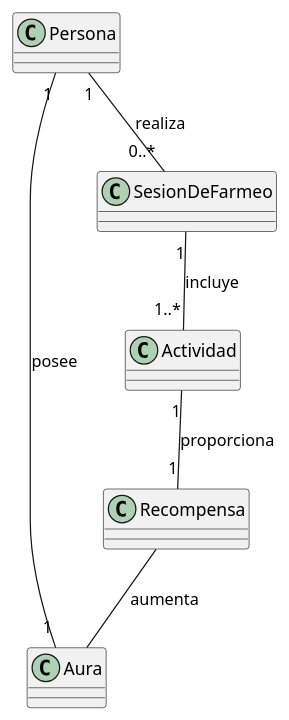
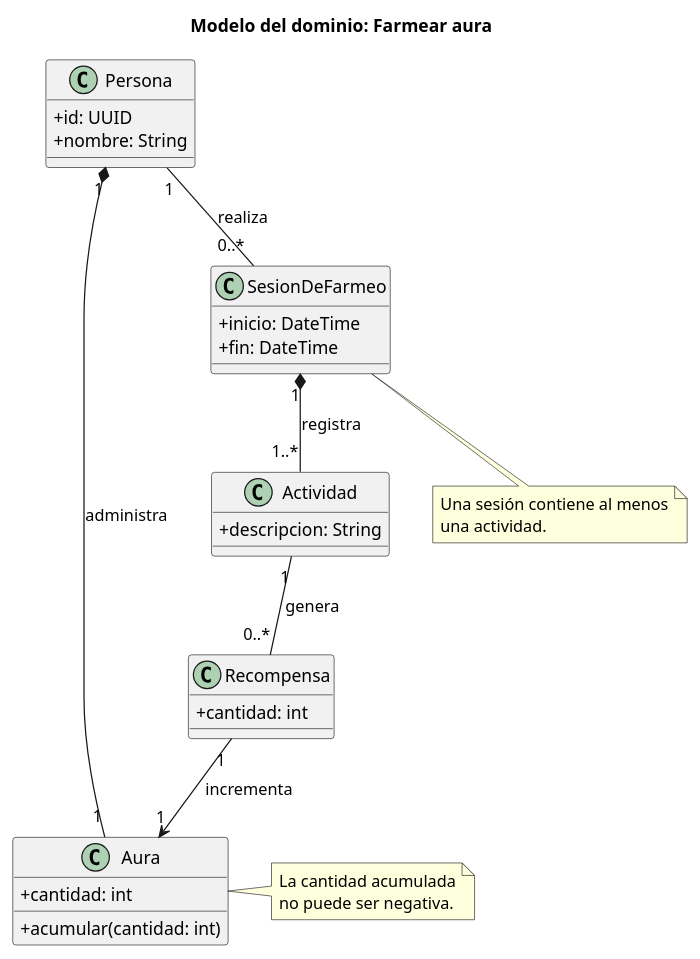
The diagram in entregas/calderonJimena/diagramas/aura.puml (Jime-Cal/26-27-idsw1), drawn with PlantUML before and after one commit. The commit also changed 1 other file, not shown here.

Commit message:
Mejora el modelo de dominio de farmear aura

```diff
--- a/entregas/calderonJimena/diagramas/aura.puml
+++ b/entregas/calderonJimena/diagramas/aura.puml
@@ -1,16 +1,46 @@
 @startuml
+title Modelo del dominio: Farmear aura
 
-class Persona
-class Aura
-class SesionDeFarmeo
-class Actividad
-class Recompensa
+skinparam classAttributeIconSize 0
 
-Persona "1" -- "1" Aura : posee
+class Persona {
+  +id: UUID
+  +nombre: String
+}
+
+class Aura {
+  +cantidad: int
+  +acumular(cantidad: int)
+}
+
+class SesionDeFarmeo {
+  +inicio: DateTime
+  +fin: DateTime
+}
+
+class Actividad {
+  +descripcion: String
+}
+
+class Recompensa {
+  +cantidad: int
+}
+
+Persona "1" *-- "1" Aura : administra
 Persona "1" -- "0..*" SesionDeFarmeo : realiza
 
-SesionDeFarmeo "1" -- "1..*" Actividad : incluye
-Actividad "1" -- "1" Recompensa : proporciona
-Recompensa -- Aura : aumenta
+SesionDeFarmeo "1" *-- "1..*" Actividad : registra
+Actividad "1" -- "0..*" Recompensa : genera
+Recompensa "1" --> "1" Aura : incrementa
+
+note right of Aura
+  La cantidad acumulada
+  no puede ser negativa.
+end note
+
+note bottom of SesionDeFarmeo
+  Una sesión contiene al menos
+  una actividad.
+end note
 
 @enduml
```
